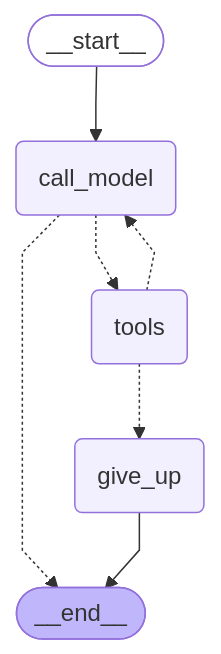
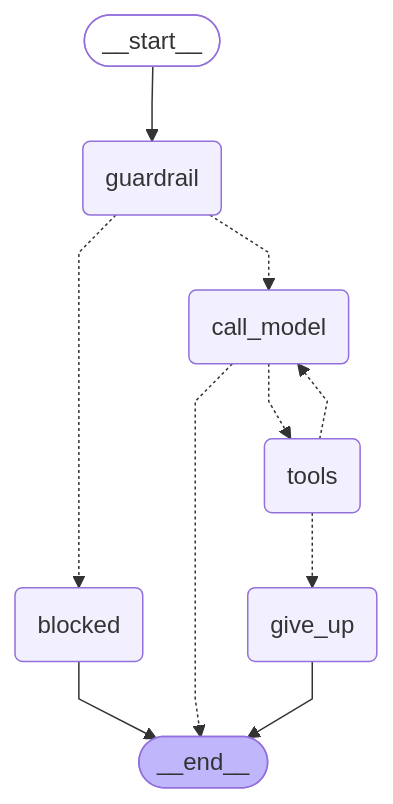
Before and after one commit to Lori10/retail-analyst-agent: the second of 2 diagrams in docs/design.md, drawn with Mermaid. The commit also changed other lines of this file and 9 other files, not shown here.

````diff
--- a/docs/design.md
+++ b/docs/design.md
@@ -80,22 +80,27 @@
 ```mermaid
 ---
 config:
   flowchart:
     curve: linear
 ---
 graph TD;
 	__start__([<p>__start__</p>]):::first
+	guardrail(guardrail)
+	blocked(blocked)
 	call_model(call_model)
 	tools(tools)
 	give_up(give_up)
 	__end__([<p>__end__</p>]):::last
-	__start__ --> call_model;
+	__start__ --> guardrail;
 	call_model -.-> __end__;
 	call_model -.-> tools;
+	guardrail -.-> blocked;
+	guardrail -.-> call_model;
 	tools -.-> call_model;
 	tools -.-> give_up;
+	blocked --> __end__;
 	give_up --> __end__;
 	classDef default fill:#f2f0ff,line-height:1.2
 	classDef first fill-opacity:0
 	classDef last fill:#bfb6fc
 ```
````
